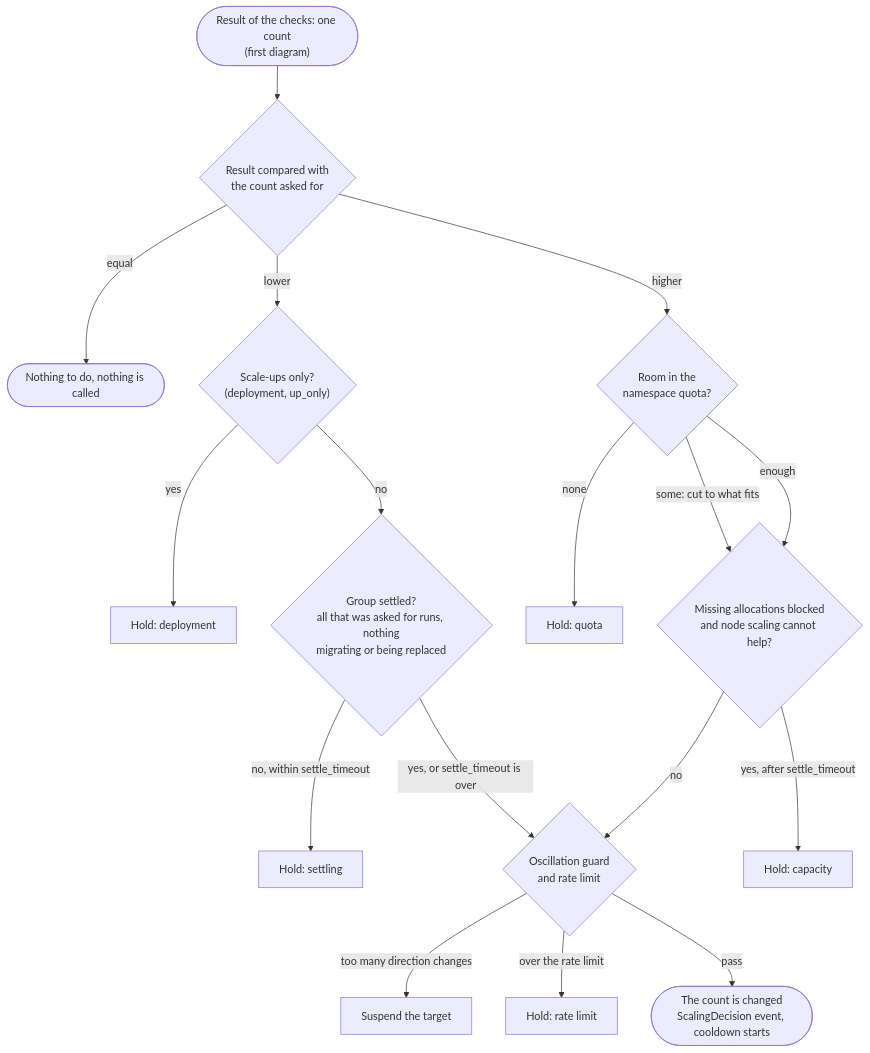
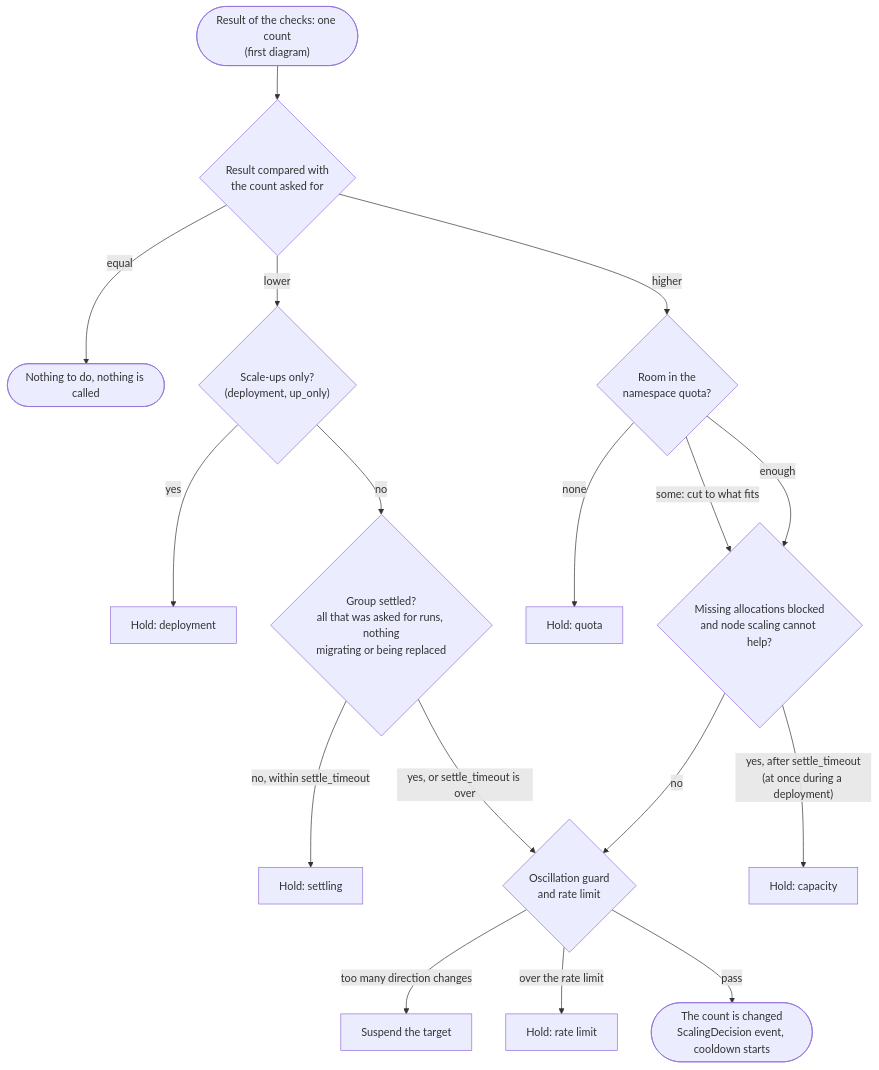
Before and after one commit to bacanoo-io/norca-doc: the third of 3 diagrams in content/docs/features/autoscaler/_index.md, drawn with Mermaid. The commit also changed other lines of this file and 7 other files, not shown here.

````diff
--- a/content/docs/features/autoscaler/_index.md
+++ b/content/docs/features/autoscaler/_index.md
@@ -159,19 +159,19 @@
 ```mermaid
 flowchart TD
   RESULT(["Result of the checks: one count<br/>(first diagram)"]) --> CMP{"Result compared with<br/>the count asked for"}
   CMP -->|"equal"| NOOP(["Nothing to do, nothing is called"])
   CMP -->|"lower"| UO{"Scale-ups only?<br/>(deployment, up_only)"}
   UO -->|"yes"| H_DEP["Hold: deployment"]
   UO -->|"no"| SETTLED{"Group settled?<br/>all that was asked for runs, nothing<br/>migrating or being replaced"}
   SETTLED -->|"no, within settle_timeout"| H_SET["Hold: settling"]
   SETTLED -->|"yes, or settle_timeout is over"| GUARD
   CMP -->|"higher"| QUOTA{"Room in the<br/>namespace quota?"}
   QUOTA -->|"none"| H_Q["Hold: quota"]
   QUOTA -->|"some: cut to what fits"| CAPACITY{"Missing allocations blocked<br/>and node scaling cannot help?"}
   QUOTA -->|"enough"| CAPACITY
-  CAPACITY -->|"yes, after settle_timeout"| H_CAP["Hold: capacity"]
+  CAPACITY -->|"yes, after settle_timeout<br/>(at once during a deployment)"| H_CAP["Hold: capacity"]
   CAPACITY -->|"no"| GUARD{"Oscillation guard<br/>and rate limit"}
   GUARD -->|"too many direction changes"| H_OSC["Suspend the target"]
   GUARD -->|"over the rate limit"| H_RL["Hold: rate limit"]
   GUARD -->|"pass"| ACT(["The count is changed<br/>ScalingDecision event, cooldown starts"])
 ```
````
